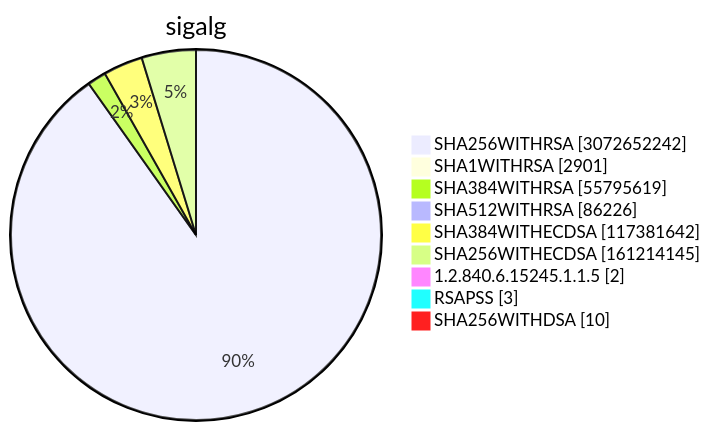
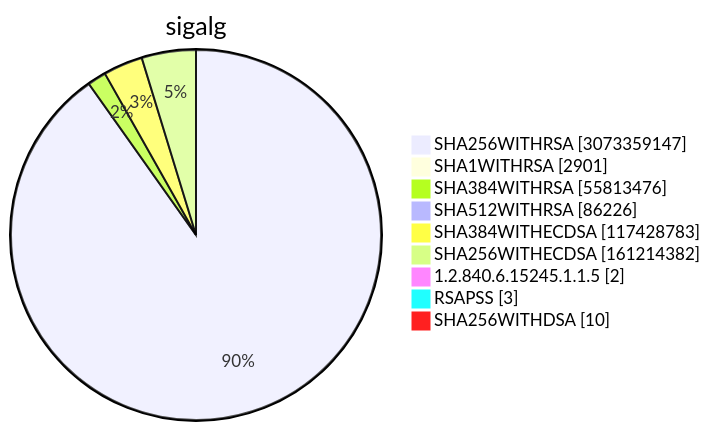
Diagram 15 of 15 in TOTAL/README.md (christiankrug/ctmonitor_visualization), drawn with Mermaid before and after one commit. The commit also changed other lines of this file, not shown here.

````diff
--- a/TOTAL/README.md
+++ b/TOTAL/README.md
@@ -6209,13 +6209,13 @@
 ```mermaid
 pie showData
 title sigalg
-"SHA256WITHRSA" :3072652242
+"SHA256WITHRSA" :3073359147
 "SHA1WITHRSA" :2901
-"SHA384WITHRSA" :55795619
+"SHA384WITHRSA" :55813476
 "SHA512WITHRSA" :86226
-"SHA384WITHECDSA" :117381642
-"SHA256WITHECDSA" :161214145
+"SHA384WITHECDSA" :117428783
+"SHA256WITHECDSA" :161214382
 "1.2.840.6.15245.1.1.5" :2
 "RSAPSS" :3
 "SHA256WITHDSA" :10
 ```
````
